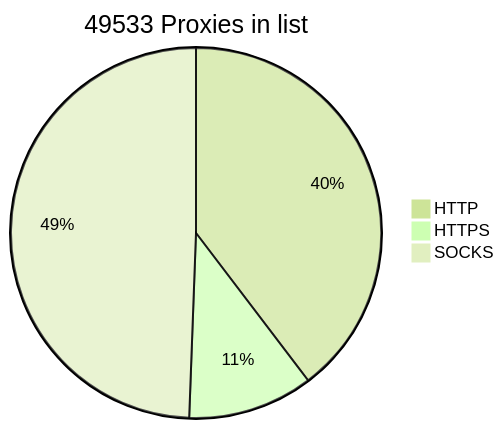
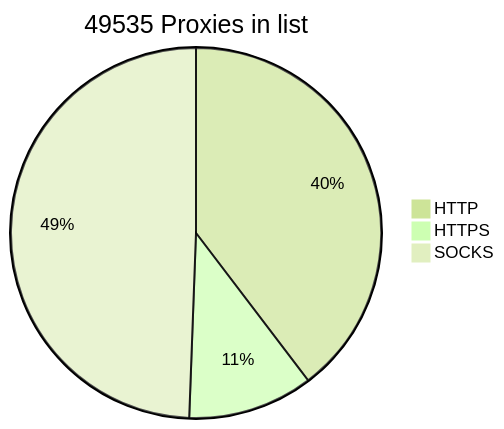
Before and after one commit to BlackSnowDot/proxylist-update-every-minute: the diagram in README.md, drawn with Mermaid (forest theme).

````diff
--- a/README.md
+++ b/README.md
@@ -2,6 +2,6 @@
 ```mermaid
-pie title 49533 Proxies in list
+pie title 49535 Proxies in list
     "HTTP" : 21738
     "HTTPS": 5995
-    "SOCKS" : 27090
+    "SOCKS" : 27092
 ```
````
